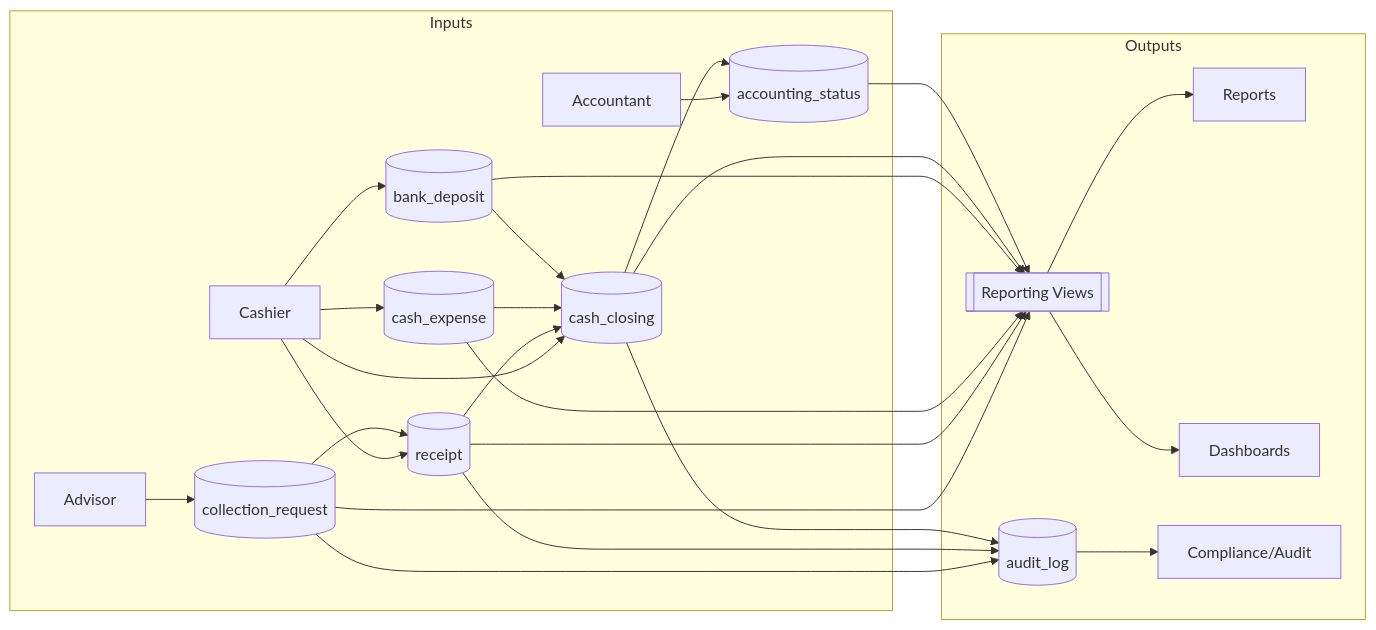
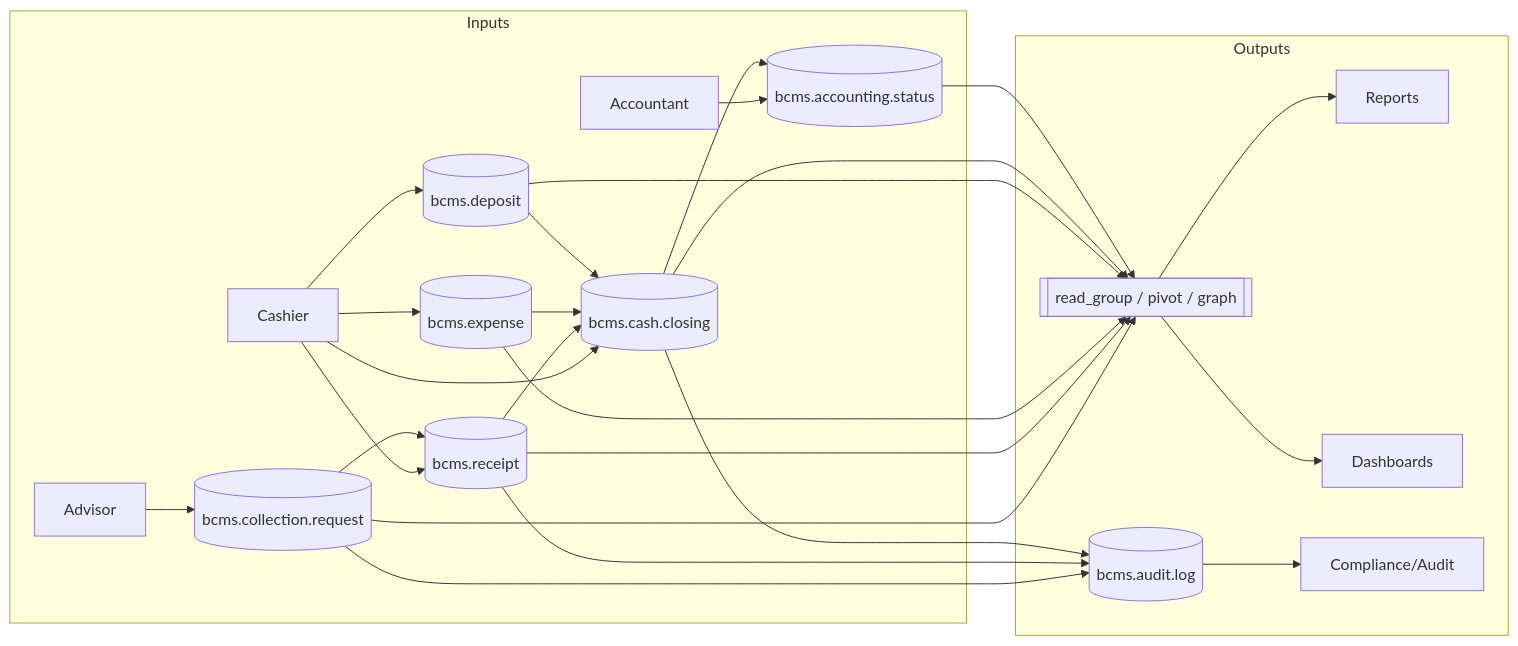
Before and after one commit to arunideen/branch-cash-management-system-odoo: the diagram in docs/diagrams/data-flow-diagram.md, drawn with Mermaid. The commit also changed 53 other files, not shown here.

````diff
--- a/docs/diagrams/data-flow-diagram.md
+++ b/docs/diagrams/data-flow-diagram.md
@@ -5,30 +5,30 @@
 ```mermaid
 flowchart LR
     subgraph Inputs
-        ADV[Advisor] --> CR[(collection_request)]
-        CASH[Cashier] --> RCPT[(receipt)]
-        CASH --> EXP[(cash_expense)]
-        CASH --> DEP[(bank_deposit)]
-        CASH --> CLS[(cash_closing)]
-        BA[Accountant] --> ACC[(accounting_status)]
+        ADV[Advisor] --> CR[(bcms.collection.request)]
+        CASH[Cashier] --> RCPT[(bcms.receipt)]
+        CASH --> EXP[(bcms.expense)]
+        CASH --> DEP[(bcms.deposit)]
+        CASH --> CLS[(bcms.cash.closing)]
+        BA[Accountant] --> ACC[(bcms.accounting.status)]
     end
     CR --> RCPT
     RCPT --> CLS
     EXP --> CLS
     DEP --> CLS
     CLS --> ACC
     subgraph Outputs
-        VIEWS[[Reporting Views]] --> RPT[Reports]
+        VIEWS[[read_group / pivot / graph]] --> RPT[Reports]
         VIEWS --> DASH[Dashboards]
-        AUDIT[(audit_log)] --> COMP[Compliance/Audit]
+        AUDIT[(bcms.audit.log)] --> COMP[Compliance/Audit]
     end
     CR --> VIEWS
     RCPT --> VIEWS
     EXP --> VIEWS
     DEP --> VIEWS
     CLS --> VIEWS
     ACC --> VIEWS
     CR --> AUDIT
     RCPT --> AUDIT
     CLS --> AUDIT
 ```
````
